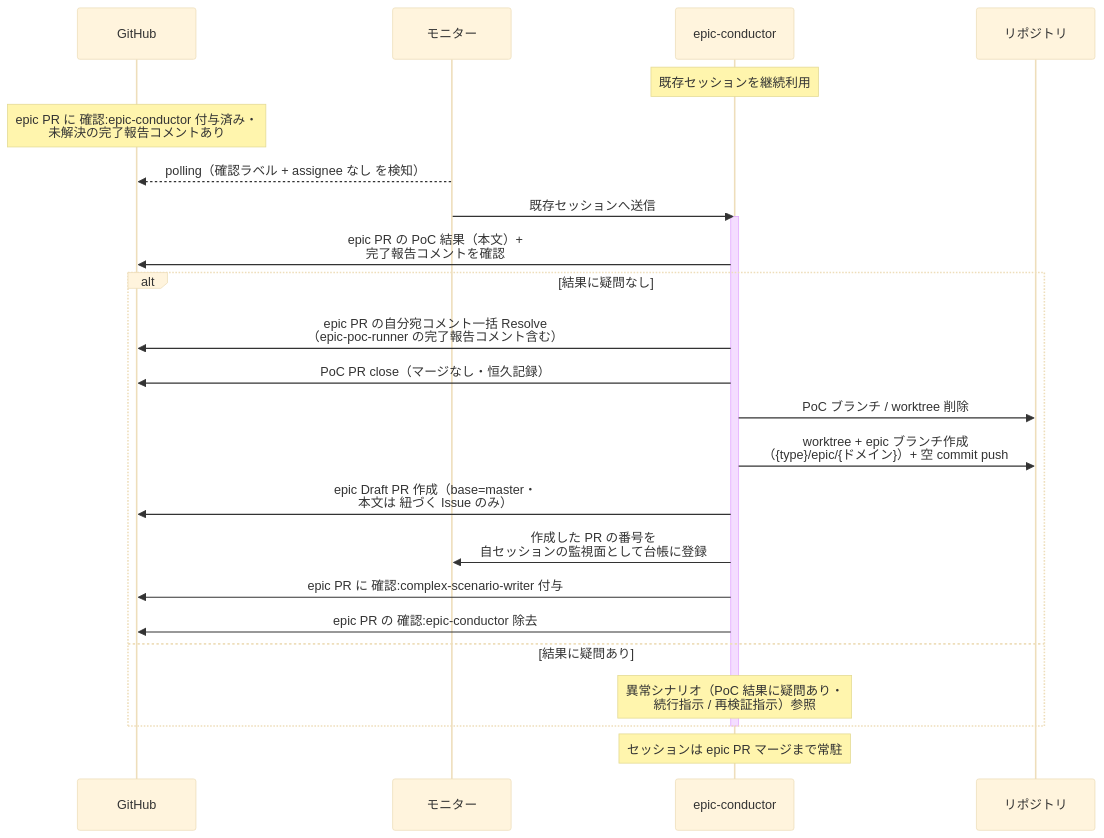
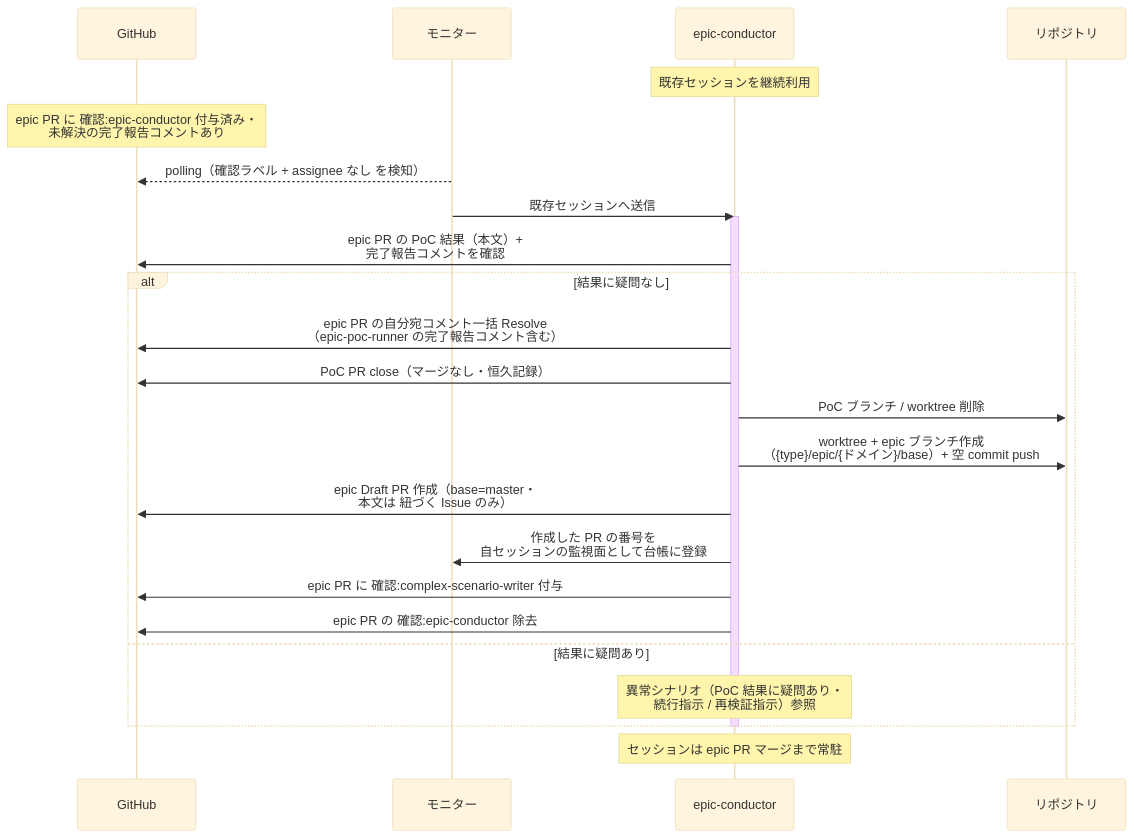
The first of 4 diagrams in docs/wiki/設計図/シナリオ/単一ユースケース/PoC結果確認.md (shuhei1101/ai-monitor), drawn with Mermaid (base theme) before and after one commit. The commit also changed other lines of this file and 174 other files, not shown here.

````diff
--- a/docs/wiki/設計図/シナリオ/単一ユースケース/PoC結果確認.md
+++ b/docs/wiki/設計図/シナリオ/単一ユースケース/PoC結果確認.md
@@ -27,29 +27,29 @@
 ```mermaid
 sequenceDiagram
   participant GH as GitHub
   participant ORC as モニター
   participant MON as epic-conductor
 
   Note over MON: 既存セッションを継続利用
   Note over GH: epic PR に 確認:epic-conductor 付与済み・<br>未解決の完了報告コメントあり
   ORC-->>GH: polling（確認ラベル + assignee なし を検知）
   ORC->>MON: 既存セッションへ送信
   participant REPO as リポジトリ
   activate MON
   MON->>GH: epic PR の PoC 結果（本文）+<br>完了報告コメントを確認
 
   alt 結果に疑問なし
     MON->>GH: epic PR の自分宛コメント一括 Resolve<br>（epic-poc-runner の完了報告コメント含む）
     MON->>GH: PoC PR close（マージなし・恒久記録）
     MON->>REPO: PoC ブランチ / worktree 削除
-    MON->>REPO: worktree + epic ブランチ作成<br>（{type}/epic/{ドメイン}）+ 空 commit push
+    MON->>REPO: worktree + epic ブランチ作成<br>（{type}/epic/{ドメイン}/base）+ 空 commit push
     MON->>GH: epic Draft PR 作成（base=master・<br>本文は 紐づく Issue のみ）
     MON->>ORC: 作成した PR の番号を<br>自セッションの監視面として台帳に登録
     MON->>GH: epic PR に 確認:complex-scenario-writer 付与
     MON->>GH: epic PR の 確認:epic-conductor 除去
   else 結果に疑問あり
     Note over MON: 異常シナリオ（PoC 結果に疑問あり・<br>続行指示 / 再検証指示）参照
   end
   deactivate MON
   Note over MON: セッションは epic PR マージまで常駐
 ```
````
